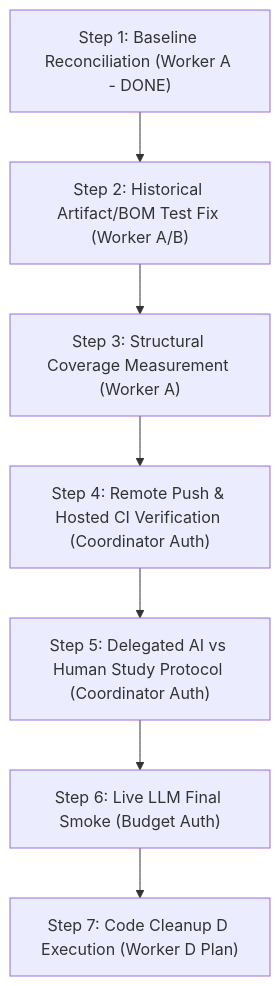
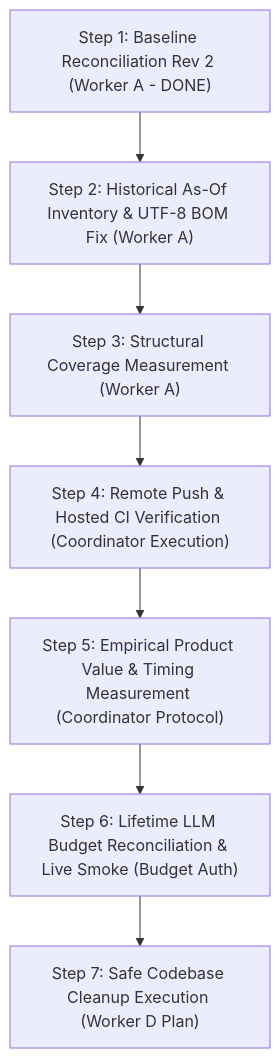
Before and after one commit to ml-system-design-nhom-5/SupportIQ: the diagram in docs/audits/2026-11-15-acceptance-reconciliation-a.md, drawn with Mermaid. The commit also changed other lines of this file, not shown here.

Commit message:
audit(acceptance): reconcile multi-worker attributions, privacy scopes, and gate diagnostics (rev 2)

````diff
--- a/docs/audits/2026-11-15-acceptance-reconciliation-a.md
+++ b/docs/audits/2026-11-15-acceptance-reconciliation-a.md
@@ -193,9 +191,9 @@
 ```mermaid
 flowchart TD
-    Step1["Step 1: Baseline Reconciliation (Worker A - DONE)"] --> Step2["Step 2: Historical Artifact/BOM Test Fix (Worker A/B)"]
+    Step1["Step 1: Baseline Reconciliation Rev 2 (Worker A - DONE)"] --> Step2["Step 2: Historical As-Of Inventory & UTF-8 BOM Fix (Worker A)"]
     Step2 --> Step3["Step 3: Structural Coverage Measurement (Worker A)"]
-    Step3 --> Step4["Step 4: Remote Push & Hosted CI Verification (Coordinator Auth)"]
-    Step4 --> Step5["Step 5: Delegated AI vs Human Study Protocol (Coordinator Auth)"]
-    Step5 --> Step6["Step 6: Live LLM Final Smoke (Budget Auth)"]
-    Step6 --> Step7["Step 7: Code Cleanup D Execution (Worker D Plan)"]
+    Step3 --> Step4["Step 4: Remote Push & Hosted CI Verification (Coordinator Execution)"]
+    Step4 --> Step5["Step 5: Empirical Product Value & Timing Measurement (Coordinator Protocol)"]
+    Step5 --> Step6["Step 6: Lifetime LLM Budget Reconciliation & Live Smoke (Budget Auth)"]
+    Step6 --> Step7["Step 7: Safe Codebase Cleanup Execution (Worker D Plan)"]
 ```
````
